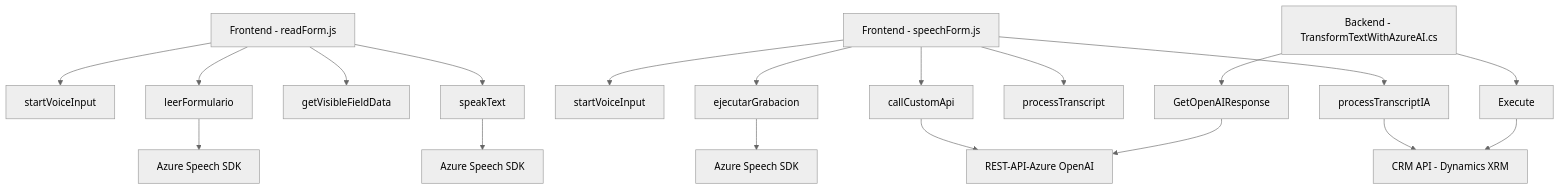
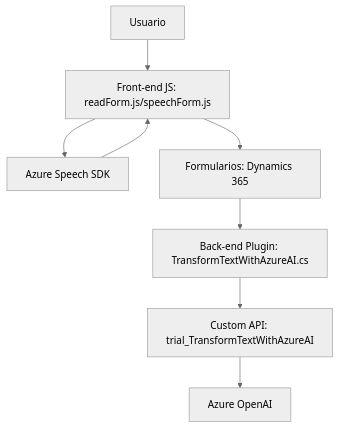
Before and after one commit to blopezdm/NETCORE_BILBAO2025: the diagram in README.md, drawn with Mermaid (neutral theme). The commit also changed other lines of this file, not shown here.

````diff
--- a/README.md
+++ b/README.md
@@ -41,24 +38,18 @@
 ```mermaid
 graph TD
-  A["Frontend - readForm.js"] --> B["startVoiceInput"]
-  A --> C["leerFormulario"]
-  A --> D["getVisibleFieldData"]
-  A --> E["speakText"]
-
-  F["Frontend - speechForm.js"] --> G["startVoiceInput"]
-  F --> H["ejecutarGrabacion"]
-  F --> I["callCustomApi"]
-  F --> J["processTranscript"]
-  F --> K["processTranscriptIA"]
-
-  E --> L["Azure Speech SDK"]
-  H --> M["Azure Speech SDK"]
-  I --> N["REST-API-Azure OpenAI"]
-  K --> P["CRM API - Dynamics XRM"]
-  C --> Q["Azure Speech SDK"]
-
-  O["Backend - TransformTextWithAzureAI.cs"] --> R["GetOpenAIResponse"]
-  R --> N
-  O --> S["Execute"]
-  S --> P
+  A["Usuario"]
+  B["Front-end JS: readForm.js/speechForm.js"]
+  C["Azure Speech SDK"]
+  D["Formularios: Dynamics 365"]
+  E["Back-end Plugin: TransformTextWithAzureAI.cs"]
+  F["Azure OpenAI"]
+  G["Custom API: trial_TransformTextWithAzureAI"]
+  
+  A --> B
+  B --> C
+  B --> D
+  C --> B
+  D --> E
+  E --> G
+  G --> F
 ```
````
